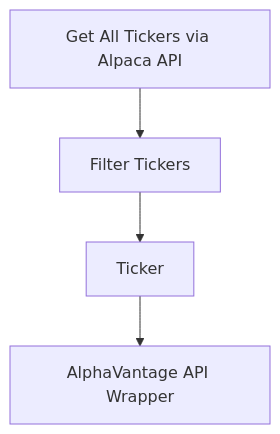
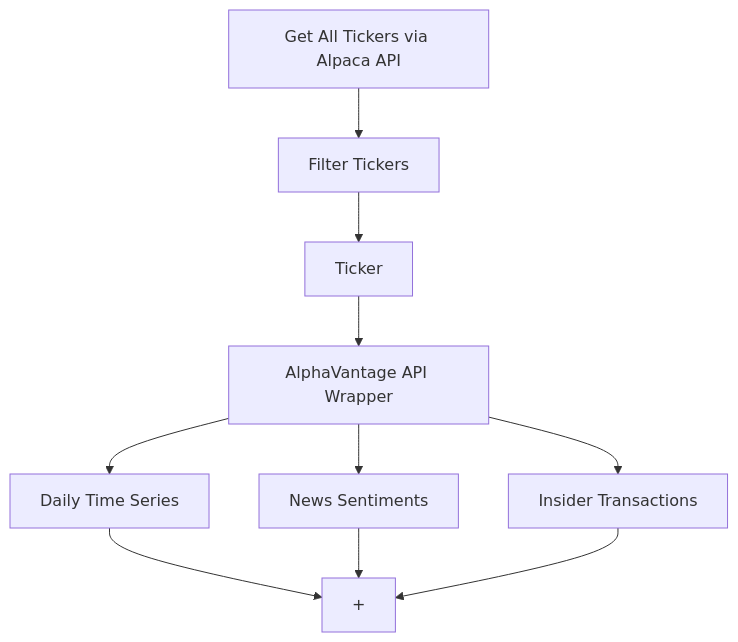
One commit to KYZZHECIK/stock_solver changed the diagram in README.md. Above: the diagram before and after it, drawn with Mermaid.

````diff
--- a/README.md
+++ b/README.md
@@ -32,6 +32,12 @@
 ```mermaid
 flowchart TD
     GetAllTickers[Get All Tickers via Alpaca API] --> FilterTickers[Filter Tickers]
     FilterTickers --> Ticker[Ticker]
     Ticker --> AV[AlphaVantage API Wrapper]
+    AV --> AVTS[Daily Time Series]
+    AV --> AVNS[News Sentiments]
+    AV --> AVIT[Insider Transactions]
+    AVTS --> Concat[+]
+    AVNS --> Concat[+]
+    AVIT --> Concat[+]
 ```
````
